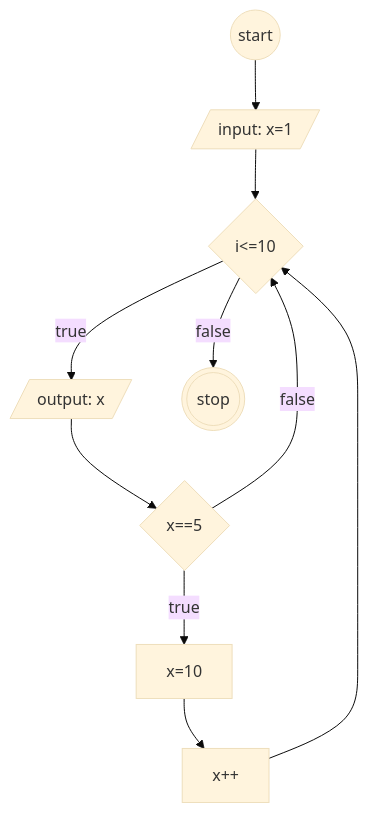
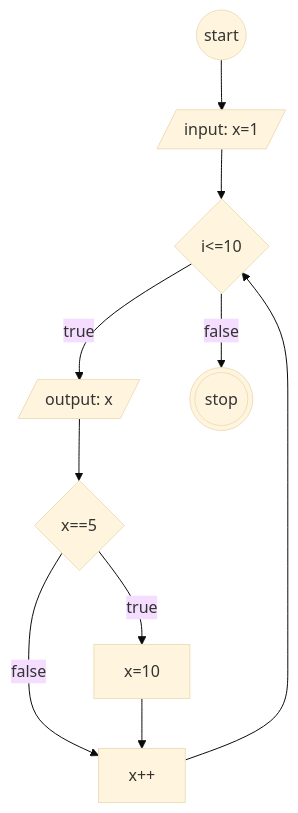
Before and after one commit to mslthn/koda-b6-javascript1: the diagram in flowchart-loop.md, drawn with Mermaid (base theme).

````diff
--- a/flowchart-loop.md
+++ b/flowchart-loop.md
@@ -2,19 +2,19 @@
 ```mermaid
 flowchart TD
 start@{shape: circ}
 init@{shape: lean-r, label: "input: x=1"}
 for@{shape: diamond, label: "i<=10"}
 cons@{shape: lean-r, label: "output: x"}
 if@{shape: diamond, label: "x==5"}
 ifTrue@{shape: rect, label: "x=10"}
 update@{shape: rect, label: "x++"}
 forStop@{shape: dbl-circ, label: "stop"}
 
 
 start-->init-->for-->|true| cons-->if
 if-->|true| ifTrue 
-if-->|false| for
+if-->|false| update
 for-->|false| forStop
 
 ifTrue-->update-->for
 ```
````
